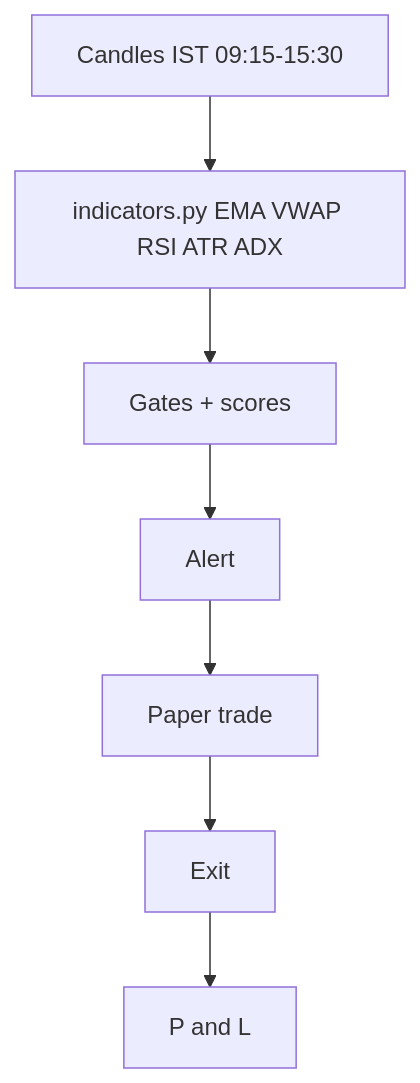
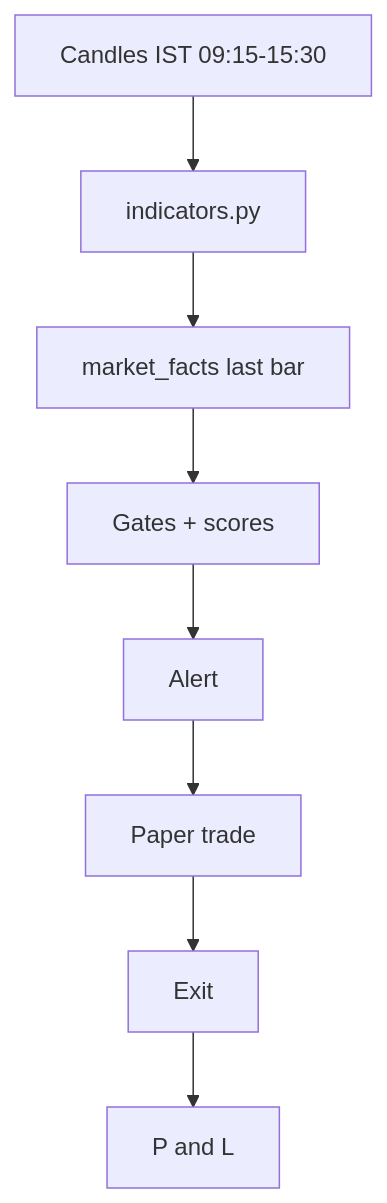
The third of 7 diagrams in docs/ARCHITECTURE.md (labinash/HexaTrade), drawn with Mermaid before and after one commit. The commit also changed other lines of this file and 2 other files, not shown here.

Commit message:
Document the grouped screens, fixed High bugs, and shared MarketFacts after the refactor.

````diff
--- a/docs/ARCHITECTURE.md
+++ b/docs/ARCHITECTURE.md
@@ -143,9 +138,10 @@
 ```mermaid
 flowchart TD
-  C[Candles IST 09:15-15:30] --> I[indicators.py EMA VWAP RSI ATR ADX]
-  I --> G[Gates + scores]
+  C[Candles IST 09:15-15:30] --> I[indicators.py]
+  I --> F[market_facts last bar]
+  F --> G[Gates + scores]
   G --> A[Alert]
   A --> P[Paper trade]
   P --> X[Exit]
   X --> PnL[P and L]
 ```
````
